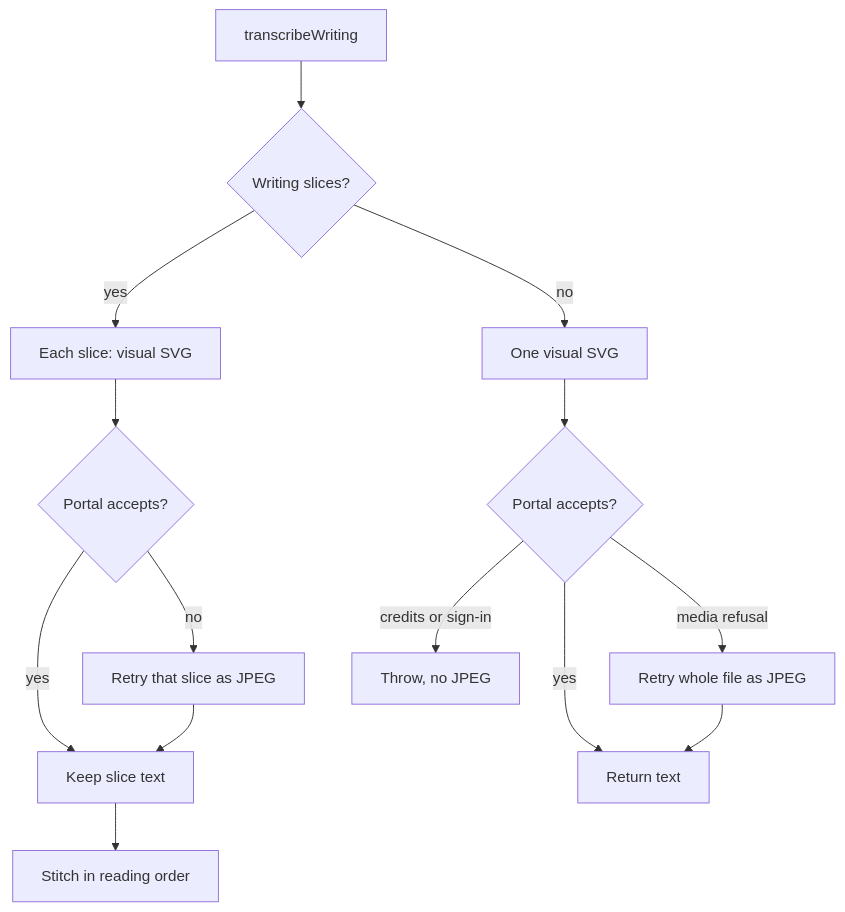
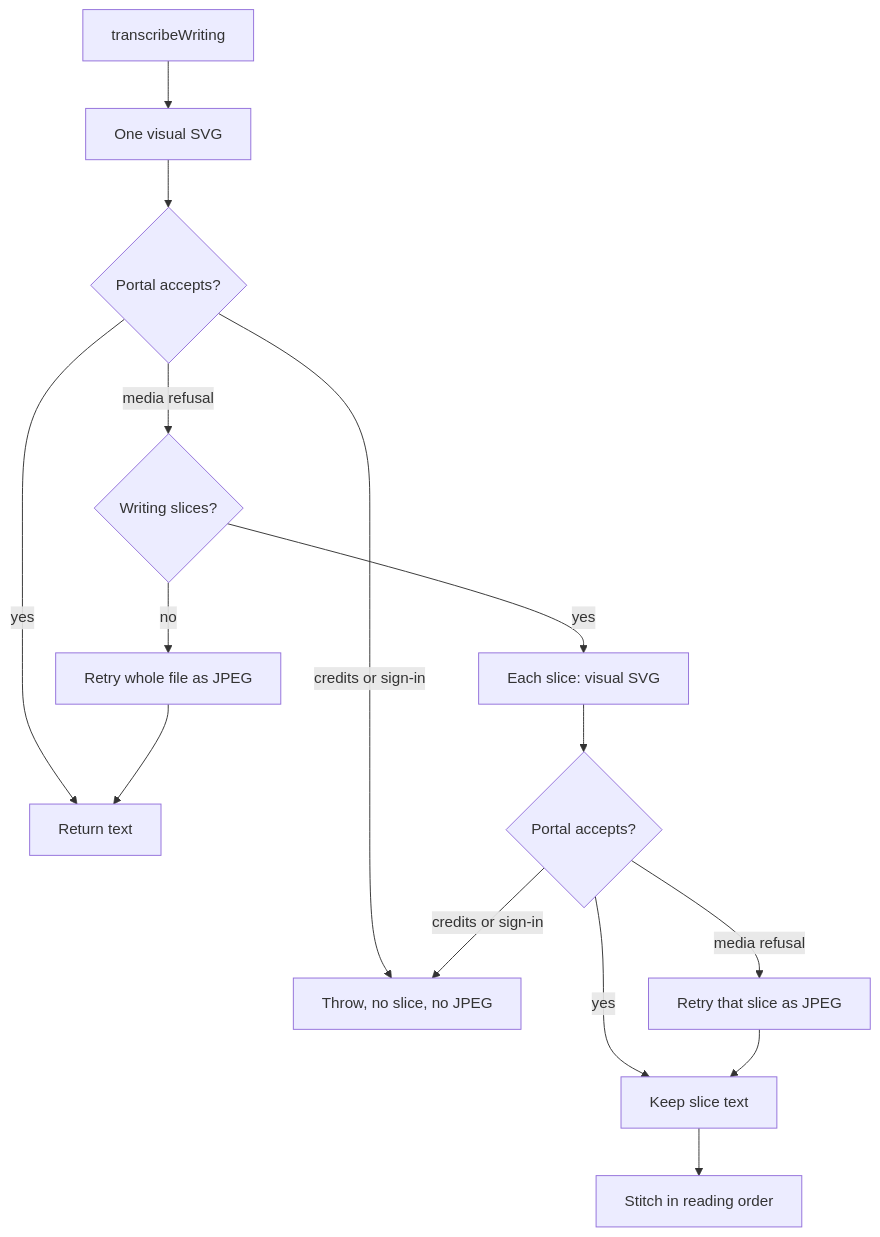
One commit to daledesilva/obsidian_ink changed the sixth of 11 diagrams in docs/writing-transcription.md. Above: the diagram before and after it, drawn with Mermaid. The commit also changed other lines of this file and 20 other files, not shown here.

First line of the commit message:
updated: Sent the full handwriting page before slicing it, and turned automatic drawing describe/transcribe on for new vaults. Tried the page once so a file the portal can read is not cut into seams, and labelled a drawing job as a description of the picture plus any writing in it.

````diff
--- a/docs/writing-transcription.md
+++ b/docs/writing-transcription.md
@@ -239,18 +239,19 @@
 ```mermaid
 flowchart TD
   start[transcribeWriting]
-  plan{Writing slices?}
-  start --> plan
+  one[One visual SVG]
+  start --> one
+  one --> okOne{Portal accepts?}
+  okOne -->|yes| done[Return text]
+  okOne -->|credits or sign-in| throw[Throw, no slice, no JPEG]
+  okOne -->|media refusal| plan{Writing slices?}
   plan -->|yes| each[Each slice: visual SVG]
   each --> ok{Portal accepts?}
   ok -->|yes| keep[Keep slice text]
-  ok -->|no| jpegSlice[Retry that slice as JPEG]
+  ok -->|media refusal| jpegSlice[Retry that slice as JPEG]
+  ok -->|credits or sign-in| throw
   jpegSlice --> keep
   keep --> stitch[Stitch in reading order]
-  plan -->|no| one[One visual SVG]
-  one --> okOne{Portal accepts?}
-  okOne -->|yes| done[Return text]
-  okOne -->|media refusal| jpeg[Retry whole file as JPEG]
+  plan -->|no| jpeg[Retry whole file as JPEG]
   jpeg --> done
-  okOne -->|credits or sign-in| throw[Throw, no JPEG]
 ```
````
